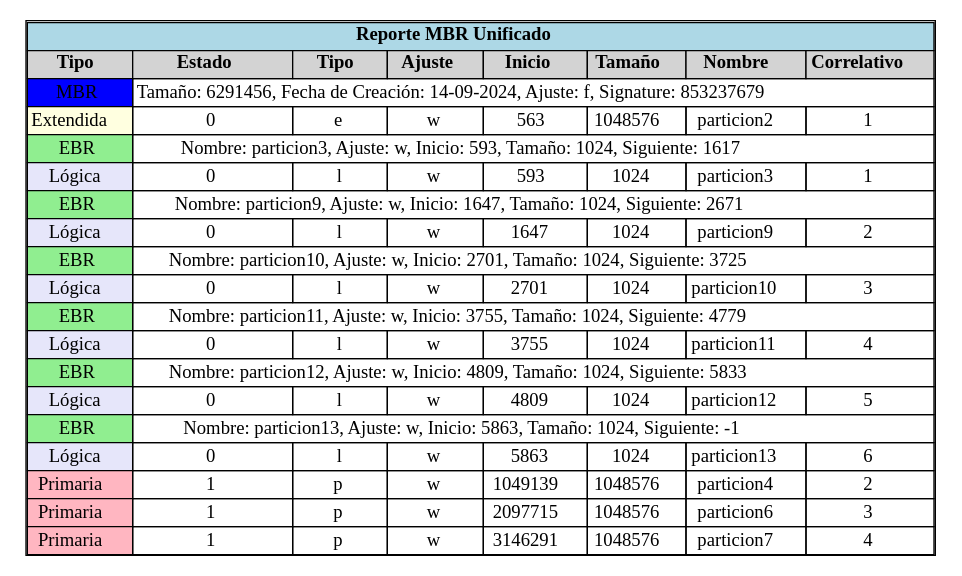
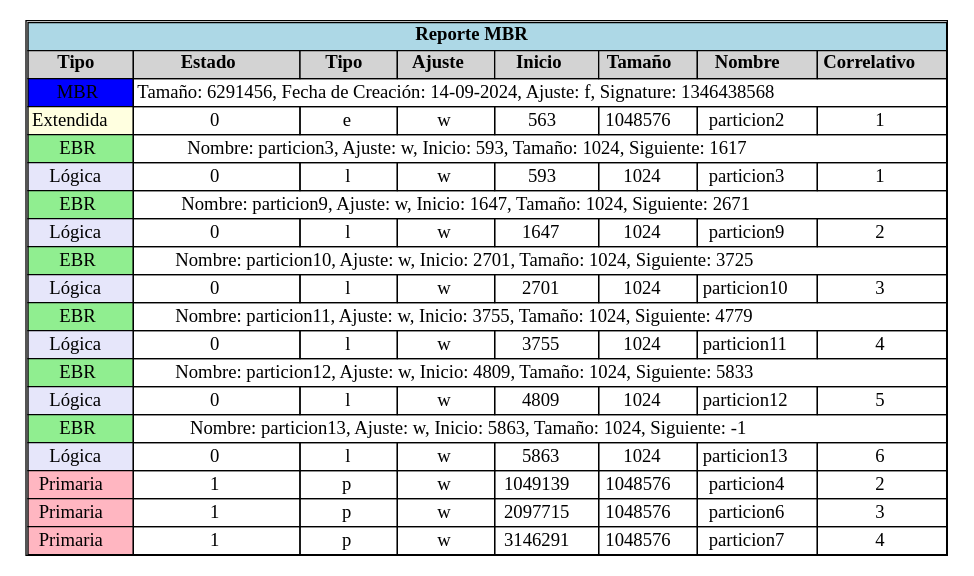
One commit to PabloR03/MIA_2S_P1_202201947 changed the diagram in atras-fin/REPORTEMBR.dot. Above: the diagram before and after it, drawn with Graphviz. The commit also changed 7 other files, not shown here.

```diff
--- a/atras-fin/REPORTEMBR.dot
+++ b/atras-fin/REPORTEMBR.dot
@@ -1,26 +1,26 @@
 digraph G {
 node [shape=plaintext];
 tabla [label=<
 <table border='1' cellborder='1' cellspacing='0'>
-<tr><td colspan='8' bgcolor='lightblue'><b>Reporte MBR Unificado</b></td></tr>
+<tr><td colspan='8' bgcolor='lightblue'><b>Reporte MBR</b></td></tr>
 <tr><td bgcolor='lightgray'><b>Tipo</b></td><td bgcolor='lightgray'><b>Estado</b></td><td bgcolor='lightgray'><b>Tipo</b></td><td bgcolor='lightgray'><b>Ajuste</b></td><td bgcolor='lightgray'><b>Inicio</b></td><td bgcolor='lightgray'><b>Tamaño</b></td><td bgcolor='lightgray'><b>Nombre</b></td><td bgcolor='lightgray'><b>Correlativo</b></td></tr>
-<tr><td bgcolor='blue'>MBR</td><td colspan='7'>Tamaño: 6291456, Fecha de Creación: 14-09-2024, Ajuste: f, Signature: 853237679</td></tr>
+<tr><td bgcolor='blue'>MBR</td><td colspan='7'>Tamaño: 6291456, Fecha de Creación: 14-09-2024, Ajuste: f, Signature: 1346438568</td></tr>
 <tr><td bgcolor='lightyellow'>Extendida</td><td>0</td><td>e</td><td>w</td><td>563</td><td>1048576</td><td>particion2</td><td>1</td></tr>
 <tr><td bgcolor='lightgreen'>EBR</td><td colspan='7'>Nombre: particion3, Ajuste: w, Inicio: 593, Tamaño: 1024, Siguiente: 1617</td></tr>
 <tr><td bgcolor='lavender'>Lógica</td><td>0</td><td>l</td><td>w</td><td>593</td><td>1024</td><td>particion3</td><td>1</td></tr>
 <tr><td bgcolor='lightgreen'>EBR</td><td colspan='7'>Nombre: particion9, Ajuste: w, Inicio: 1647, Tamaño: 1024, Siguiente: 2671</td></tr>
 <tr><td bgcolor='lavender'>Lógica</td><td>0</td><td>l</td><td>w</td><td>1647</td><td>1024</td><td>particion9</td><td>2</td></tr>
 <tr><td bgcolor='lightgreen'>EBR</td><td colspan='7'>Nombre: particion10, Ajuste: w, Inicio: 2701, Tamaño: 1024, Siguiente: 3725</td></tr>
 <tr><td bgcolor='lavender'>Lógica</td><td>0</td><td>l</td><td>w</td><td>2701</td><td>1024</td><td>particion10</td><td>3</td></tr>
 <tr><td bgcolor='lightgreen'>EBR</td><td colspan='7'>Nombre: particion11, Ajuste: w, Inicio: 3755, Tamaño: 1024, Siguiente: 4779</td></tr>
 <tr><td bgcolor='lavender'>Lógica</td><td>0</td><td>l</td><td>w</td><td>3755</td><td>1024</td><td>particion11</td><td>4</td></tr>
 <tr><td bgcolor='lightgreen'>EBR</td><td colspan='7'>Nombre: particion12, Ajuste: w, Inicio: 4809, Tamaño: 1024, Siguiente: 5833</td></tr>
 <tr><td bgcolor='lavender'>Lógica</td><td>0</td><td>l</td><td>w</td><td>4809</td><td>1024</td><td>particion12</td><td>5</td></tr>
 <tr><td bgcolor='lightgreen'>EBR</td><td colspan='7'>Nombre: particion13, Ajuste: w, Inicio: 5863, Tamaño: 1024, Siguiente: -1</td></tr>
 <tr><td bgcolor='lavender'>Lógica</td><td>0</td><td>l</td><td>w</td><td>5863</td><td>1024</td><td>particion13</td><td>6</td></tr>
 <tr><td bgcolor='lightpink'>Primaria</td><td>1</td><td>p</td><td>w</td><td>1049139</td><td>1048576</td><td>particion4</td><td>2</td></tr>
 <tr><td bgcolor='lightpink'>Primaria</td><td>1</td><td>p</td><td>w</td><td>2097715</td><td>1048576</td><td>particion6</td><td>3</td></tr>
 <tr><td bgcolor='lightpink'>Primaria</td><td>1</td><td>p</td><td>w</td><td>3146291</td><td>1048576</td><td>particion7</td><td>4</td></tr>
 </table>
 >];
 }
```
